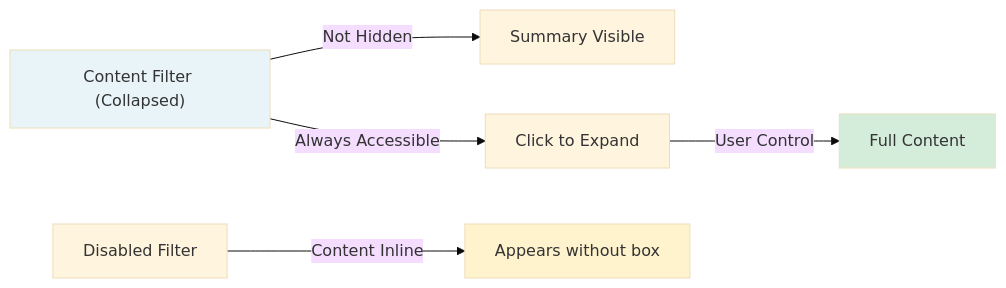
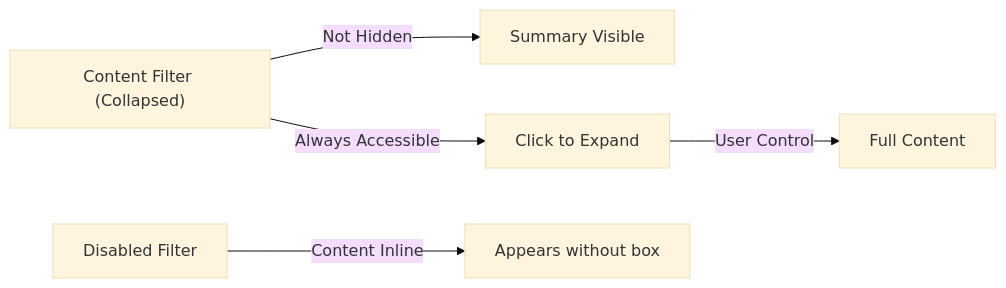
One commit to Life-Experimentalist/RanobeGemini changed the diagram in docs/overview/VISUAL_JOURNEY.md. Above: the diagram before and after it, drawn with Mermaid (base theme). The commit also changed other lines of this file and 17 other files, not shown here.

Commit message:
Add layered roadmap planning and complete mobile modal UX tracking

````diff
--- a/docs/overview/VISUAL_JOURNEY.md
+++ b/docs/overview/VISUAL_JOURNEY.md
@@ -11,12 +11,8 @@
 ```mermaid
 graph LR
     A["Content Filter (Collapsed)"] -->|Not Hidden| B["Summary Visible"]
     A -->|Always Accessible| C["Click to Expand"]
     C -->|User Control| D["Full Content"]
 
     E["Disabled Filter"] -->|Content Inline| F["Appears without box"]
-
-    style A fill:#e8f4f8
-    style D fill:#d4edda
-    style F fill:#fff3cd
 ```
````
